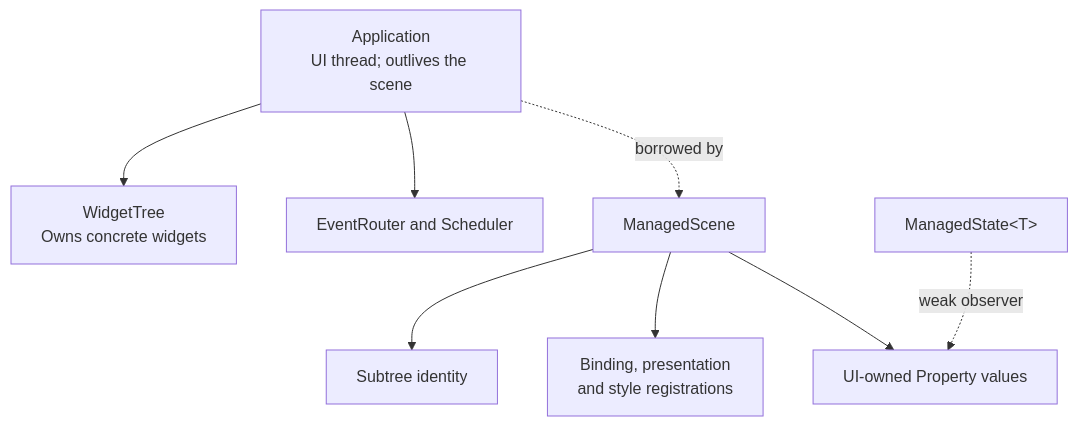
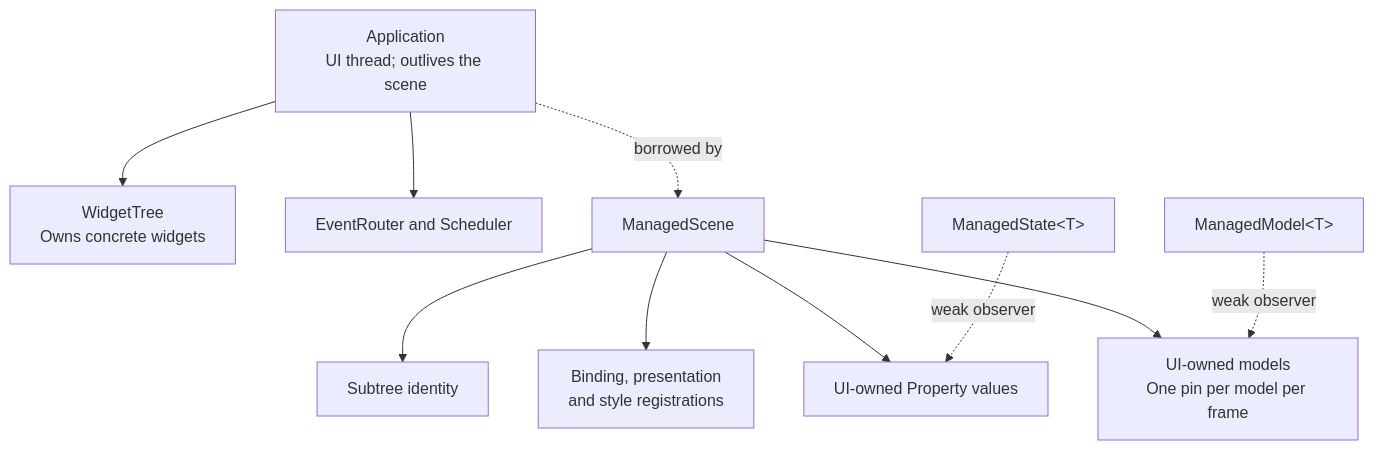
One commit to ttldtor/portals changed the diagram in docs/managed-controls.md. Above: the diagram before and after it, drawn with Mermaid. The commit also changed other lines of this file and 14 other files, not shown here.

````diff
--- a/docs/managed-controls.md
+++ b/docs/managed-controls.md
@@ -12,12 +13,14 @@
 ```mermaid
 flowchart TB
   accTitle: Managed control ownership
-  accDescr: Application owns core services and outlives ManagedScene, which borrows it. WidgetTree owns widgets. ManagedScene retains its subtree identity, registrations and properties; ManagedState handles are weak observers.
+  accDescr: Application owns core services and outlives ManagedScene, which borrows it. WidgetTree owns widgets. ManagedScene retains its subtree identity, registrations, properties and models. ManagedState and ManagedModel handles are weak observers.
   app["Application<br/>UI thread; outlives the scene"] --> tree["WidgetTree<br/>Owns concrete widgets"]
   app --> services[EventRouter and Scheduler]
   app -. borrowed by .-> scene[ManagedScene]
   scene --> root[Subtree identity]
   scene --> registrations["Binding, presentation<br/>and style registrations"]
   scene --> properties[UI-owned Property values]
+  scene --> models["UI-owned models<br/>One pin per model per frame"]
   handles["ManagedState&lt;T&gt;"] -. weak observer .-> properties
+  modelHandles["ManagedModel&lt;T&gt;"] -. weak observer .-> models
 ```
````
